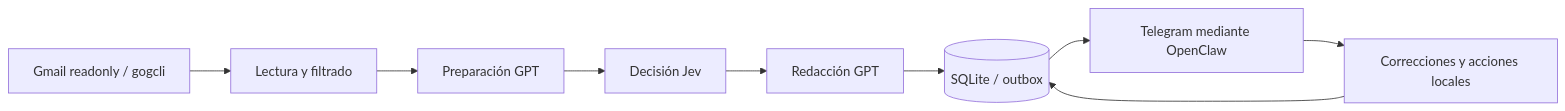
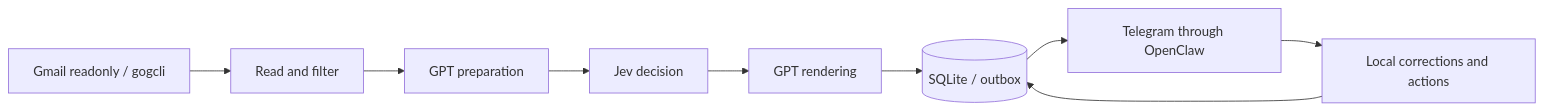
Before and after one commit to jmdurgali03/mail-assistant: the diagram in README.md, drawn with Mermaid. The commit also changed other lines of this file and 69 other files, not shown here.

````diff
--- a/README.md
+++ b/README.md
@@ -40,11 +42,11 @@
 ```mermaid
 flowchart LR
-    Gmail[Gmail readonly / gogcli] --> Read[Lectura y filtrado]
-    Read --> Prep[Preparación GPT]
-    Prep --> Jev[Decisión Jev]
-    Jev --> Render[Redacción GPT]
+    Gmail[Gmail readonly / gogcli] --> Read[Read and filter]
+    Read --> Prep[GPT preparation]
+    Prep --> Jev[Jev decision]
+    Jev --> Render[GPT rendering]
     Render --> DB[(SQLite / outbox)]
-    DB --> Telegram[Telegram mediante OpenClaw]
-    Telegram --> Actions[Correcciones y acciones locales]
+    DB --> Telegram[Telegram through OpenClaw]
+    Telegram --> Actions[Local corrections and actions]
     Actions --> DB
 ```
````
